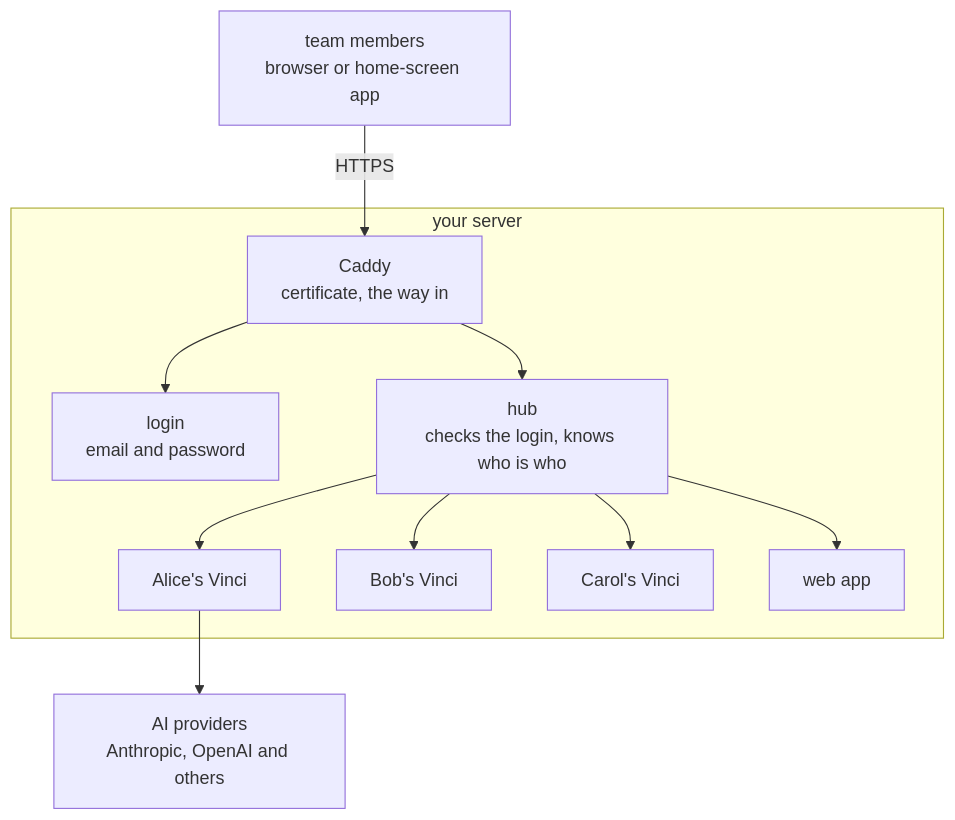
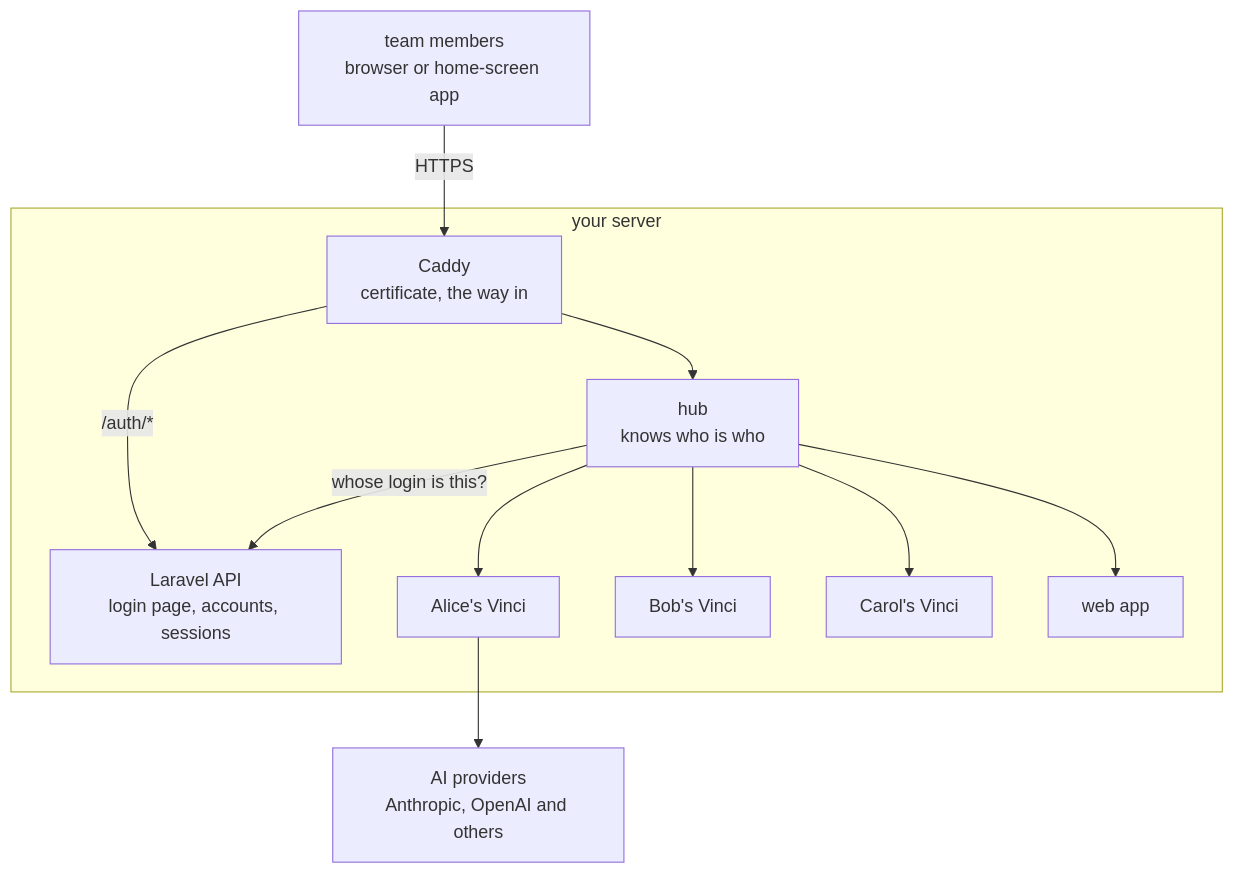
Before and after one commit to meetvinci/vinci: the first of 2 diagrams in docs/team-workspace/README.md, drawn with Mermaid. The commit also changed other lines of this file and 9 other files, not shown here.

````diff
--- a/docs/team-workspace/README.md
+++ b/docs/team-workspace/README.md
@@ -20,13 +20,14 @@
 ```mermaid
 flowchart TB
   People["team members<br/>browser or home-screen app"] -->|"HTTPS"| Caddy
   subgraph Server["your server"]
-    Caddy["Caddy<br/>certificate, the way in"] --> Login["login<br/>email and password"]
+    Caddy["Caddy<br/>certificate, the way in"] -->|"/auth/*"| Login["Laravel API<br/>login page, accounts, sessions"]
     Caddy --> Hub
-    Hub["hub<br/>checks the login, knows who is who"] --> A["Alice's Vinci"]
+    Hub["hub<br/>knows who is who"] -->|"whose login is this?"| Login
+    Hub --> A["Alice's Vinci"]
     Hub --> B["Bob's Vinci"]
     Hub --> C["Carol's Vinci"]
     Hub --> Web["web app"]
   end
   A --> Models["AI providers<br/>Anthropic, OpenAI and others"]
 ```
````
